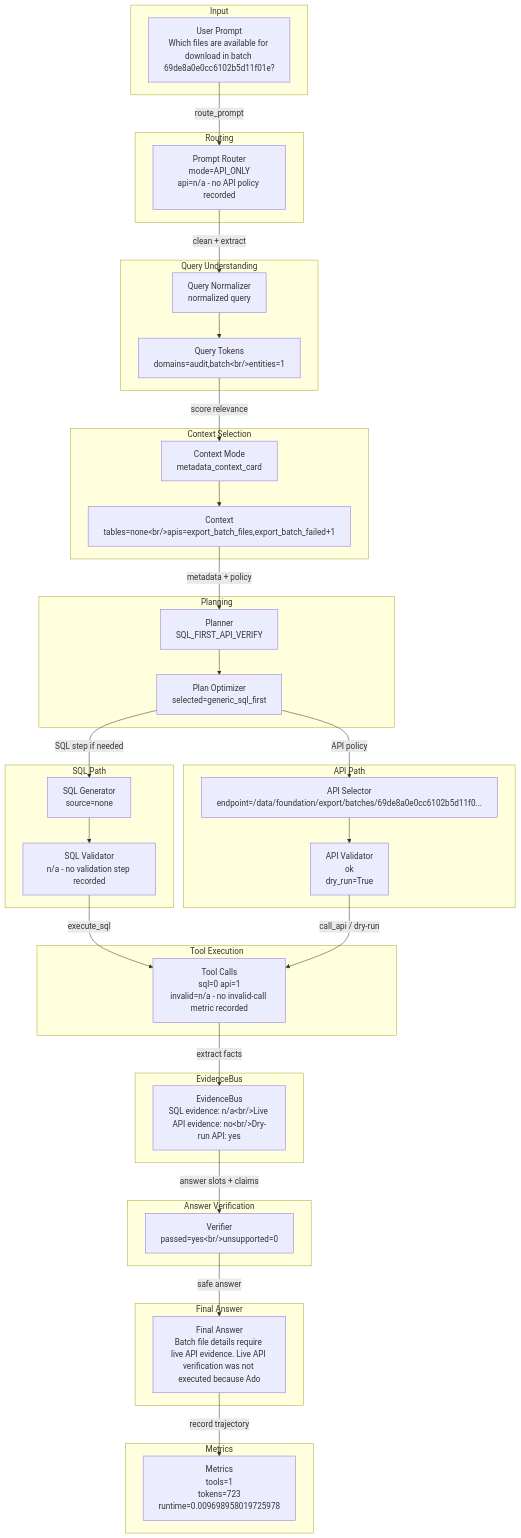
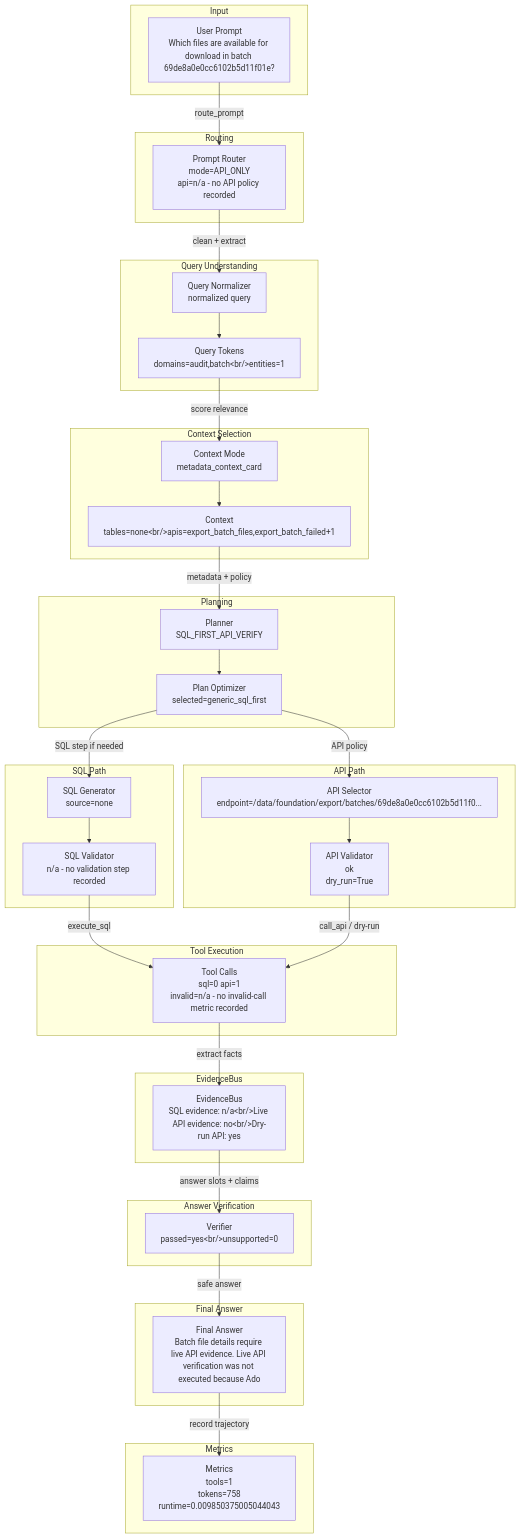
The diagram in outputs/visualizations/example_031/sql_first_api_verify/dataflow.md (dashsys-workshop-vldb/dashsys-workshop-vldb.github.io), drawn with Mermaid before and after one commit. The commit also changed other lines of this file and 361 other files, not shown here.

````diff
--- a/outputs/visualizations/example_031/sql_first_api_verify/dataflow.md
+++ b/outputs/visualizations/example_031/sql_first_api_verify/dataflow.md
@@ -19,56 +19,56 @@
 ```mermaid
 flowchart TD
   subgraph Input
     input_prompt["User Prompt<br/>Which files are available for download in batch 69de8a0e0cc6102b5d11f01e?"]
   end
   subgraph Routing
     router["Prompt Router<br/>mode=API_ONLY<br/>api=n/a - no API policy recorded"]
     input_prompt -->|route_prompt| router
   end
   subgraph QueryUnderstanding["Query Understanding"]
     normalizer["Query Normalizer<br/>normalized query"]
     tokens["Query Tokens<br/>domains=audit,batch&lt;br/&gt;entities=1"]
     router -->|clean + extract| normalizer --> tokens
   end
   subgraph ContextSelection["Context Selection"]
     context["Context Mode<br/>metadata_context_card"]
     candidates["Context<br/>tables=none&lt;br/&gt;apis=export_batch_files,export_batch_failed+1"]
     tokens -->|score relevance| context --> candidates
   end
   subgraph Planning
     planner["Planner<br/>SQL_FIRST_API_VERIFY"]
     optimizer["Plan Optimizer<br/>selected=generic_sql_first"]
     candidates -->|metadata + policy| planner --> optimizer
   end
   subgraph SQLPath["SQL Path"]
     sqlgen["SQL Generator<br/>source=none"]
     sqlval["SQL Validator<br/>n/a - no validation step recorded"]
     optimizer -->|SQL step if needed| sqlgen --> sqlval
   end
   subgraph APIPath["API Path"]
     apisel["API Selector<br/>endpoint=/data/foundation/export/batches/69de8a0e0cc6102b5d11f0..."]
     apival["API Validator<br/>ok<br/>dry_run=True"]
     optimizer -->|API policy| apisel --> apival
   end
   subgraph ToolExecution["Tool Execution"]
     tools["Tool Calls<br/>sql=0 api=1<br/>invalid=n/a - no invalid-call metric recorded"]
     sqlval -->|execute_sql| tools
     apival -->|call_api / dry-run| tools
   end
   subgraph EvidenceBus
     evidence["EvidenceBus<br/>SQL evidence: n/a&lt;br/&gt;Live API evidence: no&lt;br/&gt;Dry-run API: yes"]
     tools -->|extract facts| evidence
   end
   subgraph AnswerVerification["Answer Verification"]
     verifier["Verifier<br/>passed=yes&lt;br/&gt;unsupported=0"]
     evidence -->|answer slots + claims| verifier
   end
   subgraph FinalAnswer["Final Answer"]
     answer["Final Answer<br/>Batch file details require live API evidence. Live API verification was not executed because Ado"]
     verifier -->|safe answer| answer
   end
   subgraph Metrics
-    metrics["Metrics<br/>tools=1<br/>tokens=723<br/>runtime=0.009698958019725978"]
+    metrics["Metrics<br/>tools=1<br/>tokens=758<br/>runtime=0.009850375005044043"]
     answer -->|record trajectory| metrics
   end
 ```
````
